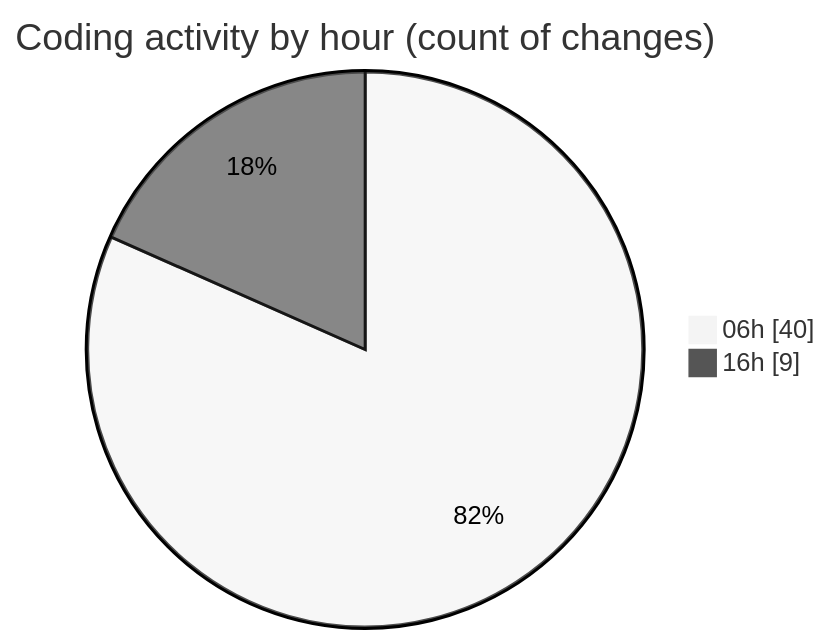
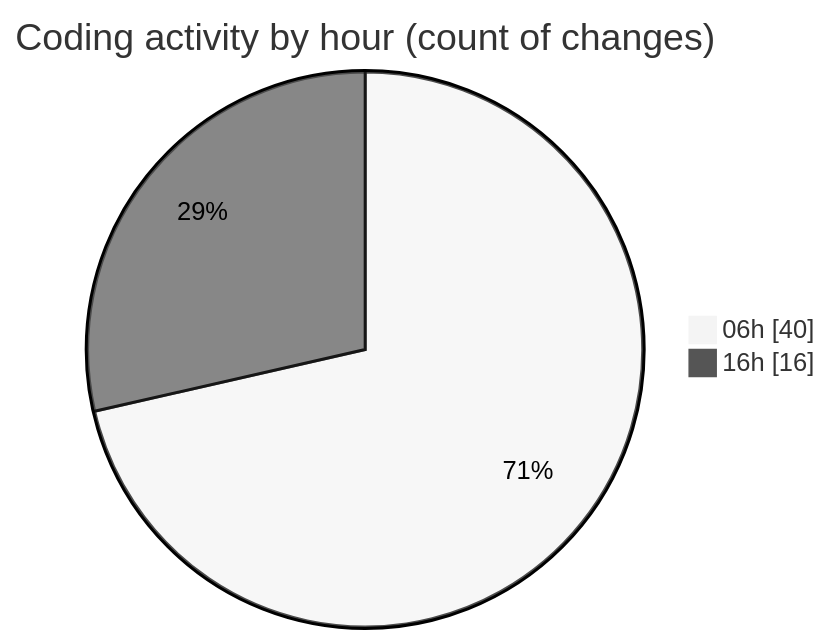
Before and after one commit to charlie-sans/code-tracking: the second of 2 diagrams in 2025-02-25/micros/README.md, drawn with Mermaid (neutral theme). The commit also changed other lines of this file and 1 other file, not shown here.

````diff
--- a/2025-02-25/micros/README.md
+++ b/2025-02-25/micros/README.md
@@ -42,6 +43,6 @@
 ```mermaid
 pie showData
 title Coding activity by hour (count of changes)
 "06h" : 40
-"16h" : 9
+"16h" : 16
 ```
````
